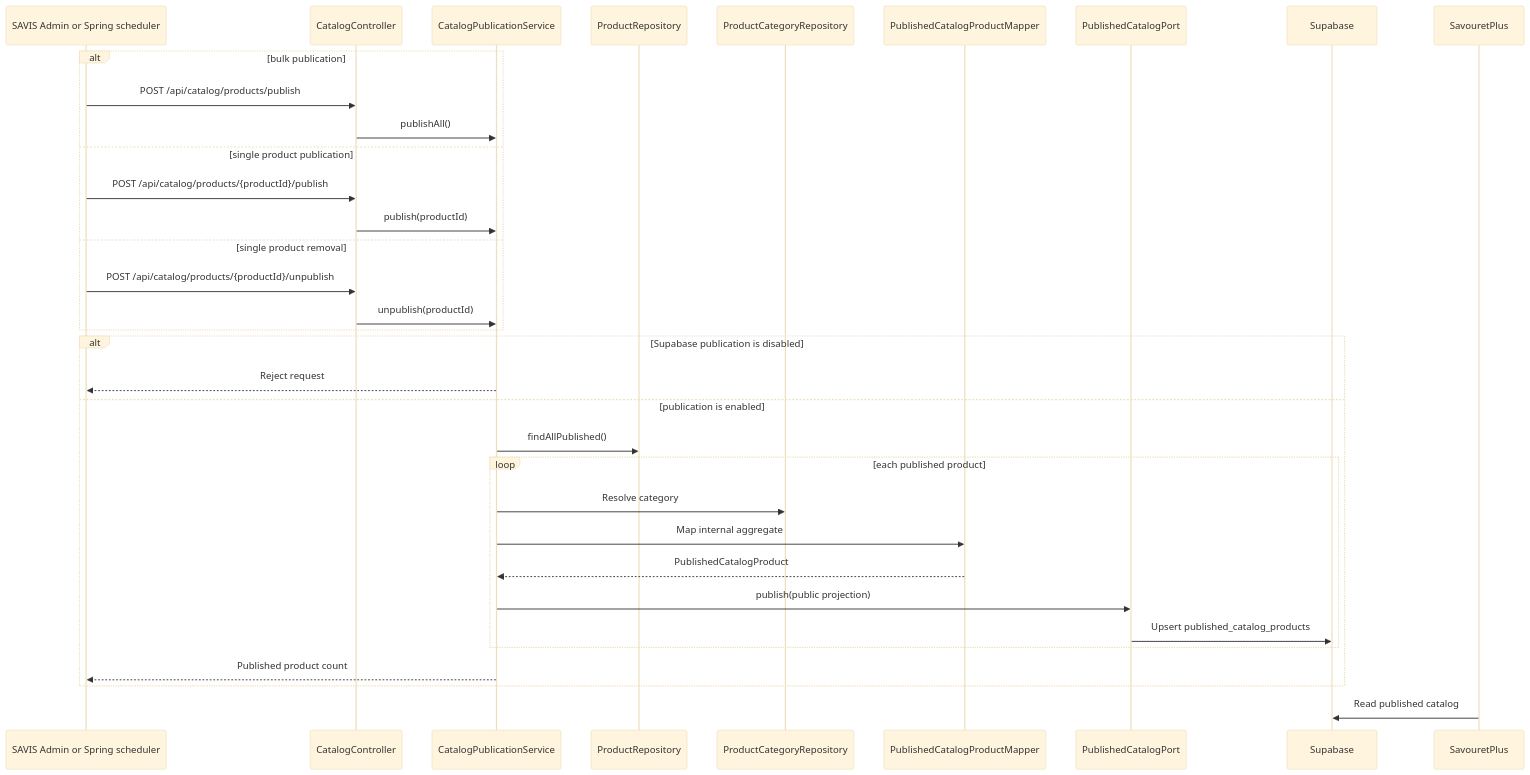
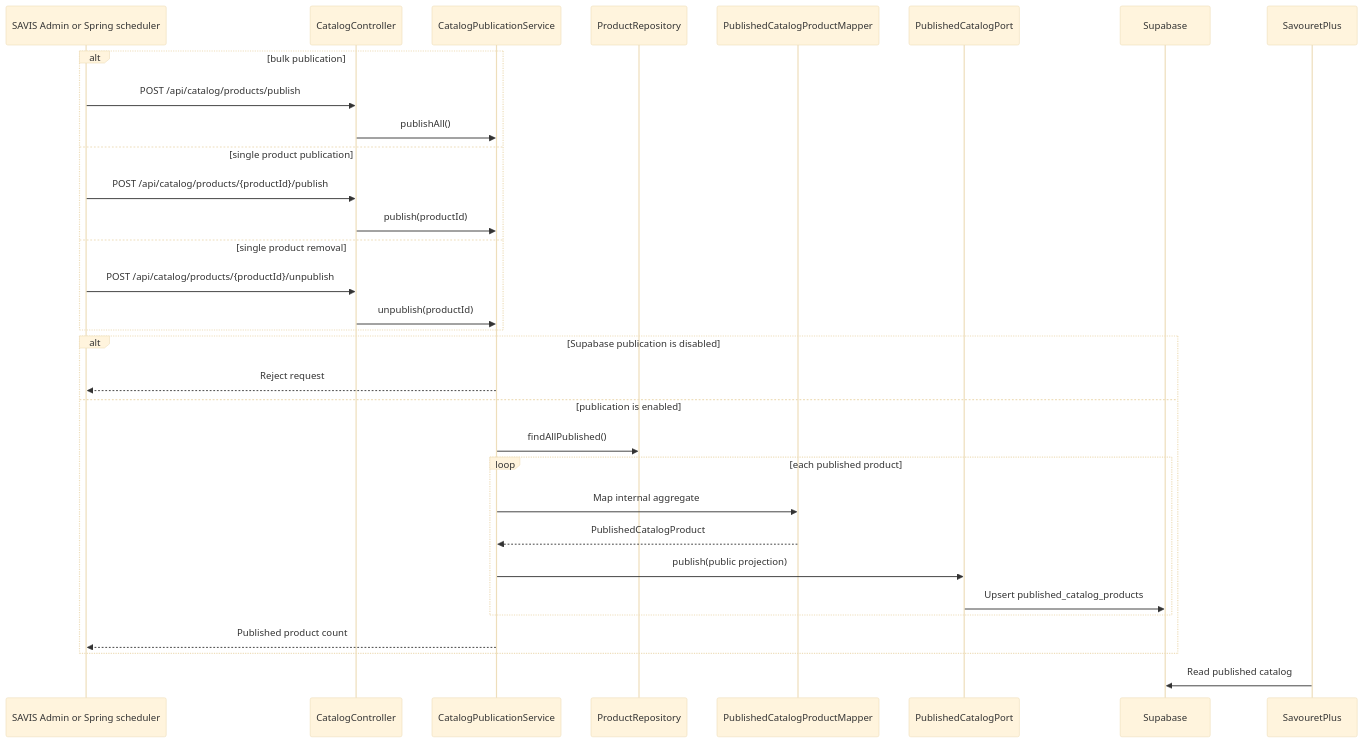
Before and after one commit to wiljeanlouis/savis: diagram 15 of 17 in docs/ARCHITECTURE.md, drawn with Mermaid (base theme). The commit also changed other lines of this file and 38 other files, not shown here.

First line of the commit message:
fix: refactor product ui and product category (#71)

````diff
--- a/docs/ARCHITECTURE.md
+++ b/docs/ARCHITECTURE.md
@@ -759,39 +757,37 @@
 ```mermaid
 sequenceDiagram
   participant Trigger as SAVIS Admin or Spring scheduler
   participant Controller as CatalogController
   participant Publication as CatalogPublicationService
   participant Products as ProductRepository
-  participant Categories as ProductCategoryRepository
   participant Mapper as PublishedCatalogProductMapper
   participant Port as PublishedCatalogPort
   participant Supabase as Supabase
   participant Storefront as SavouretPlus
 
   alt bulk publication
     Trigger->>Controller: POST /api/catalog/products/publish
     Controller->>Publication: publishAll()
   else single product publication
     Trigger->>Controller: POST /api/catalog/products/{productId}/publish
     Controller->>Publication: publish(productId)
   else single product removal
     Trigger->>Controller: POST /api/catalog/products/{productId}/unpublish
     Controller->>Publication: unpublish(productId)
   end
 
   alt Supabase publication is disabled
     Publication-->>Trigger: Reject request
   else publication is enabled
     Publication->>Products: findAllPublished()
     loop each published product
-      Publication->>Categories: Resolve category
       Publication->>Mapper: Map internal aggregate
       Mapper-->>Publication: PublishedCatalogProduct
       Publication->>Port: publish(public projection)
       Port->>Supabase: Upsert published_catalog_products
     end
     Publication-->>Trigger: Published product count
   end
 
   Storefront->>Supabase: Read published catalog
 ```
````
